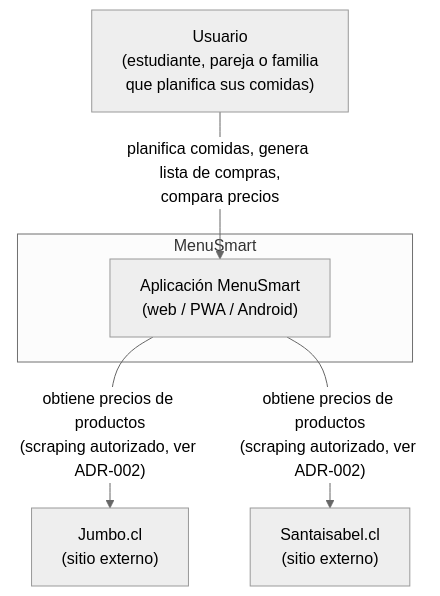
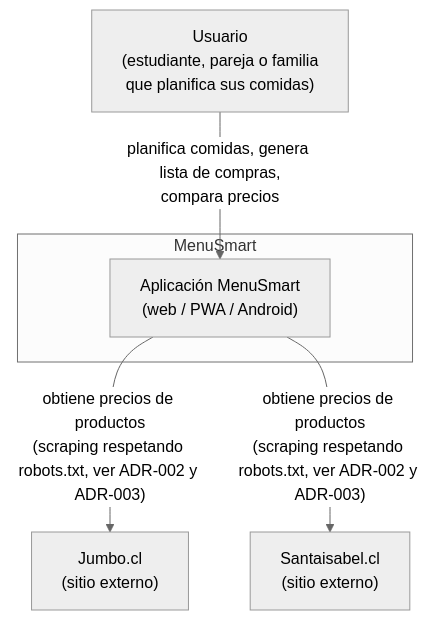
Before and after one commit to JanHH16/MenuSmart: the first of 4 diagrams in docs/architecture.md, drawn with Mermaid (neutral theme). The commit also changed other lines of this file and 3 other files, not shown here.

````diff
--- a/docs/architecture.md
+++ b/docs/architecture.md
@@ -7,15 +7,15 @@
 ```mermaid
 flowchart TB
     Usuario["Usuario<br/>(estudiante, pareja o familia<br/>que planifica sus comidas)"]
 
     subgraph Sistema["MenuSmart"]
         App["Aplicación MenuSmart<br/>(web / PWA / Android)"]
     end
 
     Jumbo["Jumbo.cl<br/>(sitio externo)"]
     SantaIsabel["Santaisabel.cl<br/>(sitio externo)"]
 
     Usuario -->|"planifica comidas, genera lista de compras,<br/>compara precios"| App
-    App -->|"obtiene precios de productos<br/>(scraping autorizado, ver ADR-002)"| Jumbo
-    App -->|"obtiene precios de productos<br/>(scraping autorizado, ver ADR-002)"| SantaIsabel
+    App -->|"obtiene precios de productos<br/>(scraping respetando robots.txt, ver ADR-002 y ADR-003)"| Jumbo
+    App -->|"obtiene precios de productos<br/>(scraping respetando robots.txt, ver ADR-002 y ADR-003)"| SantaIsabel
 ```
````
